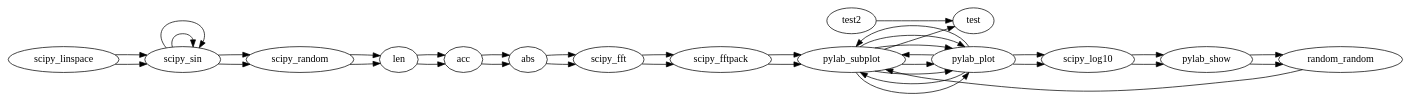
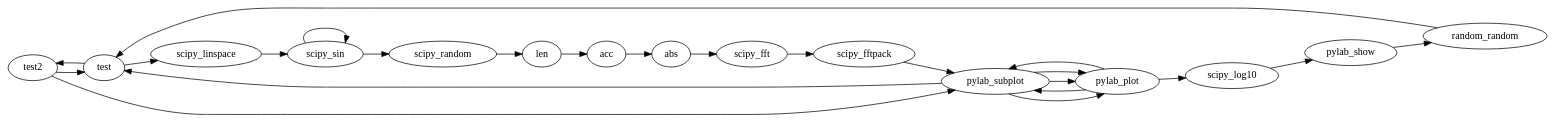
One commit to Multicia/Courses changed the diagram in Misc/LN/callgraphmanip/input1.dot. Above: the diagram before and after it, drawn with Graphviz. The commit also changed 7 other files, not shown here.

```diff
--- a/Misc/LN/callgraphmanip/input1.dot
+++ b/Misc/LN/callgraphmanip/input1.dot
@@ -1,38 +1,26 @@
 digraph G {
 rankdir=LR
 test2 -> test;
+test->scipy_linspace;
 scipy_linspace->scipy_sin;
 scipy_sin->scipy_sin;
 scipy_sin->scipy_random;
 scipy_random->len;
 len->acc;
 acc->abs;
 abs->scipy_fft;
 scipy_fft->scipy_fftpack;
 scipy_fftpack->pylab_subplot;
 pylab_subplot->pylab_plot;
 pylab_plot->pylab_subplot;
 pylab_subplot->pylab_plot;
 pylab_plot->scipy_log10;
 scipy_log10->pylab_show;
 pylab_show->random_random;
-scipy_linspace->scipy_sin;
-scipy_sin->scipy_sin;
-scipy_sin->scipy_random;
-scipy_random->len;
-len->acc;
-acc->abs;
-abs->scipy_fft;
-scipy_fft->scipy_fftpack;
-scipy_fftpack->pylab_subplot;
+random_random->test;
+test2->pylab_subplot;
 pylab_subplot->pylab_plot;
 pylab_plot->pylab_subplot;
-pylab_subplot->pylab_plot;
-pylab_plot->scipy_log10;
-scipy_log10->pylab_show;
-pylab_show->random_random;
-random_random->pylab_subplot;
-pylab_subplot->pylab_plot;
-pylab_plot->pylab_subplot;
-pylab_subplot->test
+pylab_subplot->test;
+test->test2
 }
```
